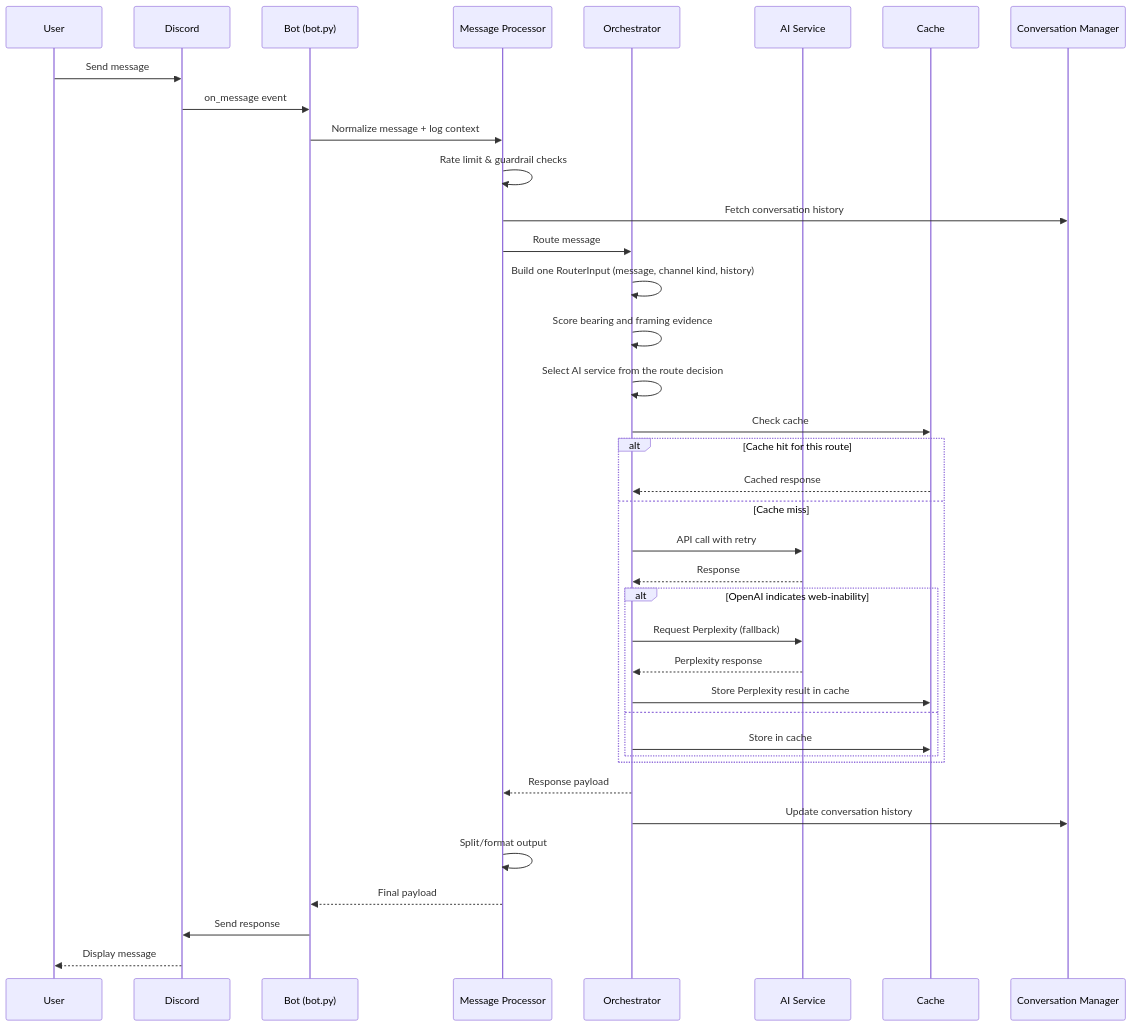
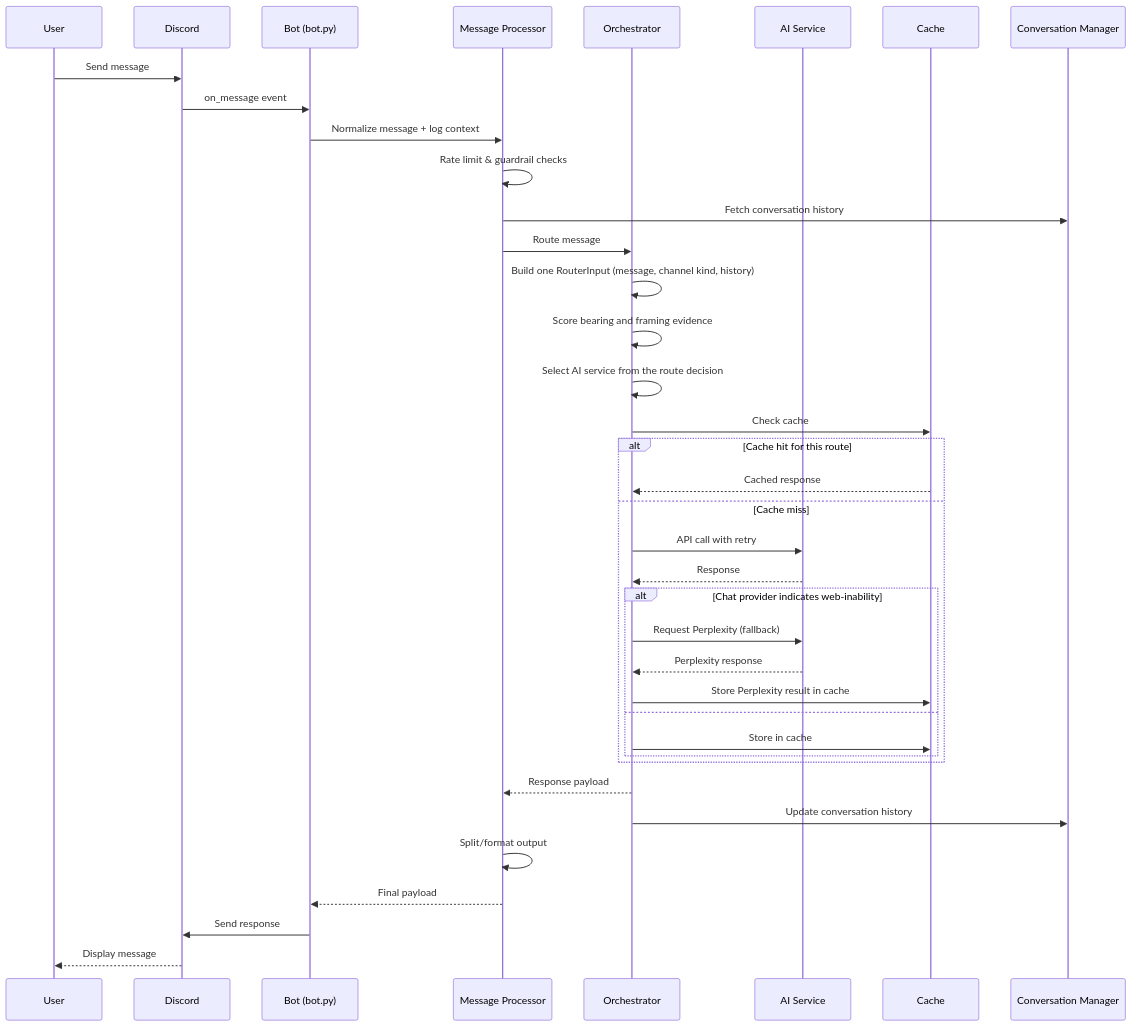
The diagram in docs/Architecture.md (johndotpub/DiscordianAI), drawn with Mermaid before and after one commit. The commit also changed other lines of this file and 43 other files, not shown here.

````diff
--- a/docs/Architecture.md
+++ b/docs/Architecture.md
@@ -102,42 +102,42 @@
 ```mermaid
 sequenceDiagram
     participant U as User
     participant D as Discord
     participant B as Bot (bot.py)
     participant MP as Message Processor
     participant O as Orchestrator
     participant AI as AI Service
     participant C as Cache
     participant CM as Conversation Manager
 
     U->>D: Send message
     D->>B: on_message event
     B->>MP: Normalize message + log context
     MP->>MP: Rate limit & guardrail checks
     MP->>CM: Fetch conversation history
     MP->>O: Route message
     O->>O: Build one RouterInput (message, channel kind, history)
     O->>O: Score bearing and framing evidence
     O->>O: Select AI service from the route decision
     O->>C: Check cache
     alt Cache hit for this route
         C-->>O: Cached response
     else Cache miss
         O->>AI: API call with retry
         AI-->>O: Response
-        %% If OpenAI responded but indicates web-inability, orchestrator reroutes
-        alt OpenAI indicates web-inability
+        %% If the chat provider responded but indicates web-inability, orchestrator reroutes
+        alt Chat provider indicates web-inability
             O->>AI: Request Perplexity (fallback)
             AI-->>O: Perplexity response
             O->>C: Store Perplexity result in cache
         else
             O->>C: Store in cache
         end
     end
     O-->>MP: Response payload
     O->>CM: Update conversation history
     MP->>MP: Split/format output
     MP-->>B: Final payload
     B->>D: Send response
     D-->>U: Display message
 ```
````
